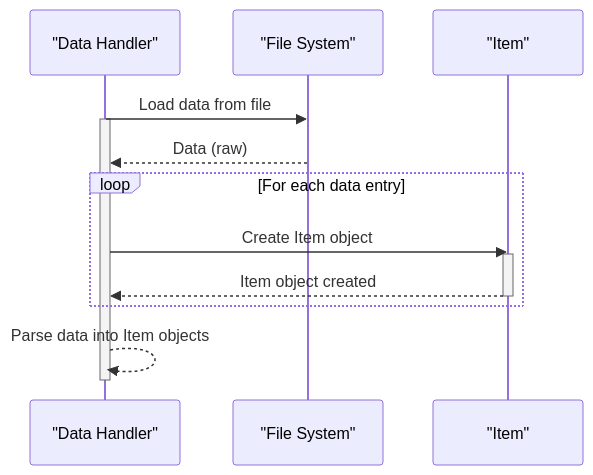
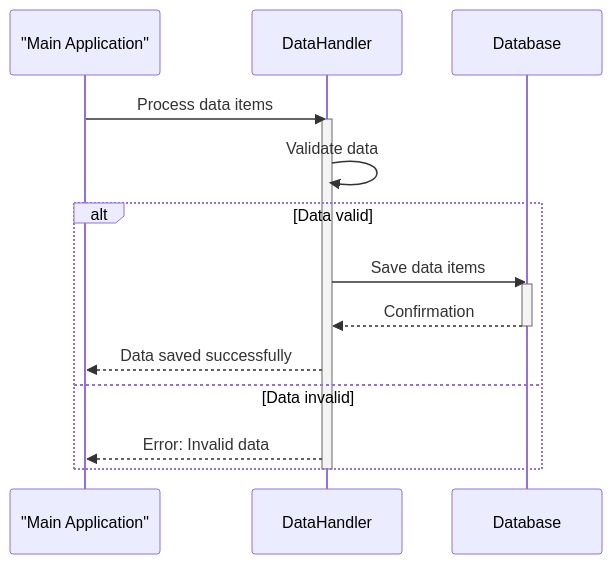
Before and after one commit to OpenXFlow/sourceLensAI: the fifth of 7 diagrams in output/python-sample-project/07_diagrams.md, drawn with Mermaid. The commit also changed other lines of this file and 15 other files, not shown here.

````diff
--- a/output/python-sample-project/07_diagrams.md
+++ b/output/python-sample-project/07_diagrams.md
@@ -54,17 +111,19 @@
 ```mermaid
 sequenceDiagram
-    participant DataHandler as "Data Handler"
-    participant FileSystem as "File System"
-    participant Item as "Item"
-    DataHandler->>FileSystem: Load data from file
+    participant MainApp as "Main Application"
+    participant DataHandler
+    participant Database
+    MainApp->>DataHandler: Process data items
     activate DataHandler
-    FileSystem-->>DataHandler: Data (raw)
-    loop For each data entry
-        DataHandler->>Item: Create Item object
-        activate Item
-        Item-->>DataHandler: Item object created
-        deactivate Item
+    DataHandler->>DataHandler: Validate data
+    alt Data valid
+        DataHandler->>Database: Save data items
+        activate Database
+        Database-->>DataHandler: Confirmation
+        deactivate Database
+        DataHandler-->>MainApp: Data saved successfully
+    else Data invalid
+        DataHandler-->>MainApp: Error: Invalid data
     end
-    DataHandler-->>DataHandler: Parse data into Item objects
     deactivate DataHandler
 ```
````
